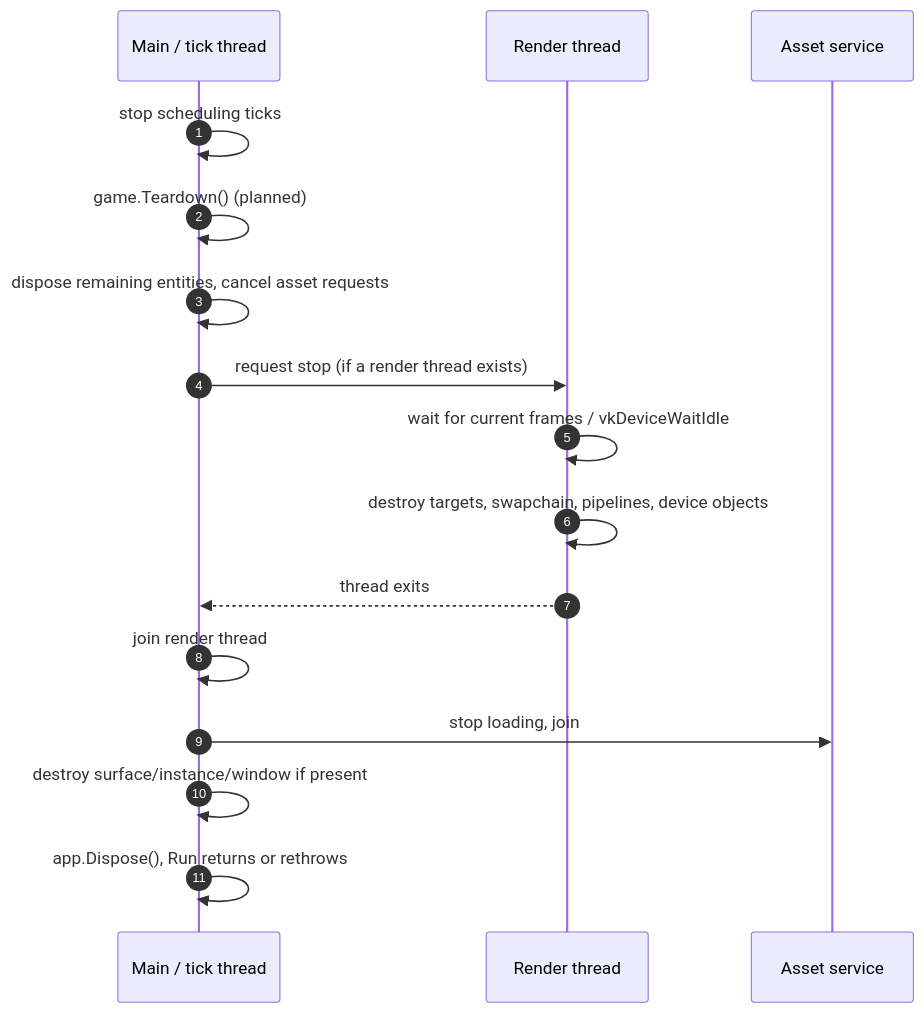
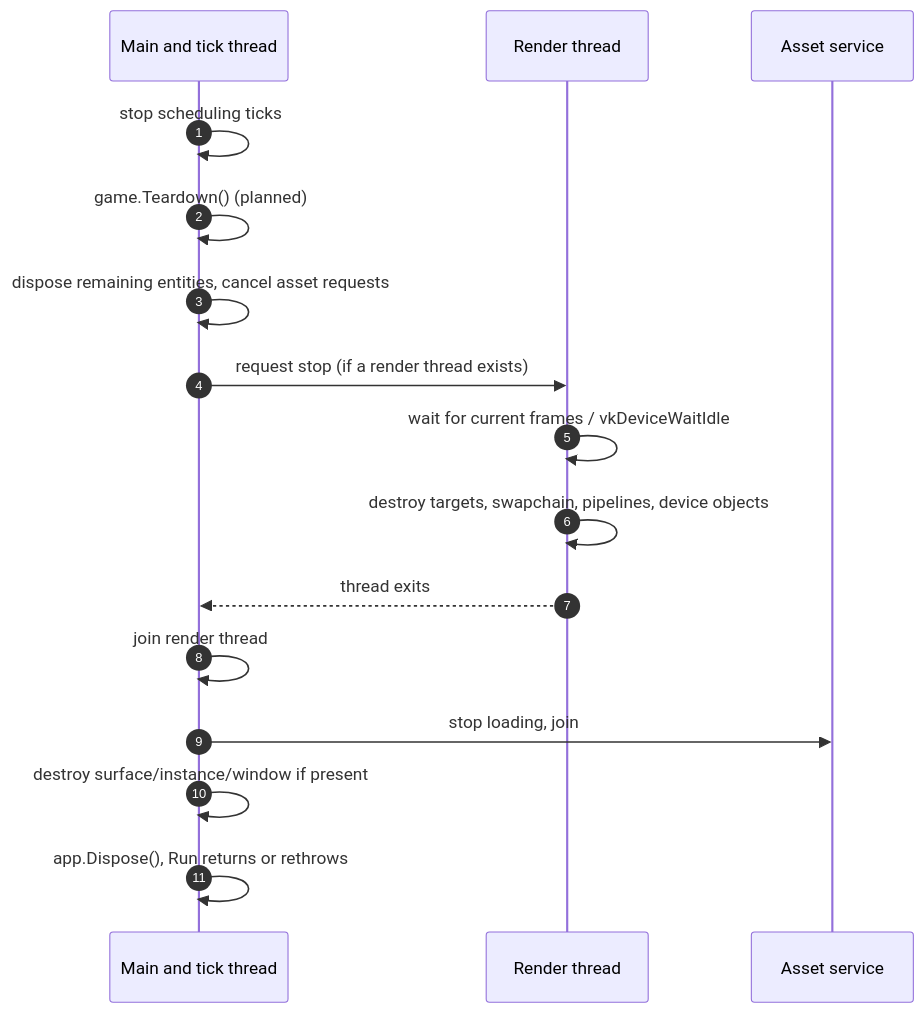
The second of 2 diagrams in docs/architecture/runtime-lifecycle.md (BorkEngine/Bork2d), drawn with Mermaid before and after one commit. The commit also changed other lines of this file and 16 other files, not shown here.

````diff
--- a/docs/architecture/runtime-lifecycle.md
+++ b/docs/architecture/runtime-lifecycle.md
@@ -239,19 +255,19 @@
 ```mermaid
 sequenceDiagram
     autonumber
-    participant M as Main / tick thread
+    participant M as Main and tick thread
     participant R as Render thread
     participant A as Asset service
 
     M->>M: stop scheduling ticks
     M->>M: game.Teardown() (planned)
     M->>M: dispose remaining entities, cancel asset requests
     M->>R: request stop (if a render thread exists)
     R->>R: wait for current frames / vkDeviceWaitIdle
     R->>R: destroy targets, swapchain, pipelines, device objects
     R-->>M: thread exits
     M->>M: join render thread
     M->>A: stop loading, join
     M->>M: destroy surface/instance/window if present
     M->>M: app.Dispose(), Run returns or rethrows
 ```
````
